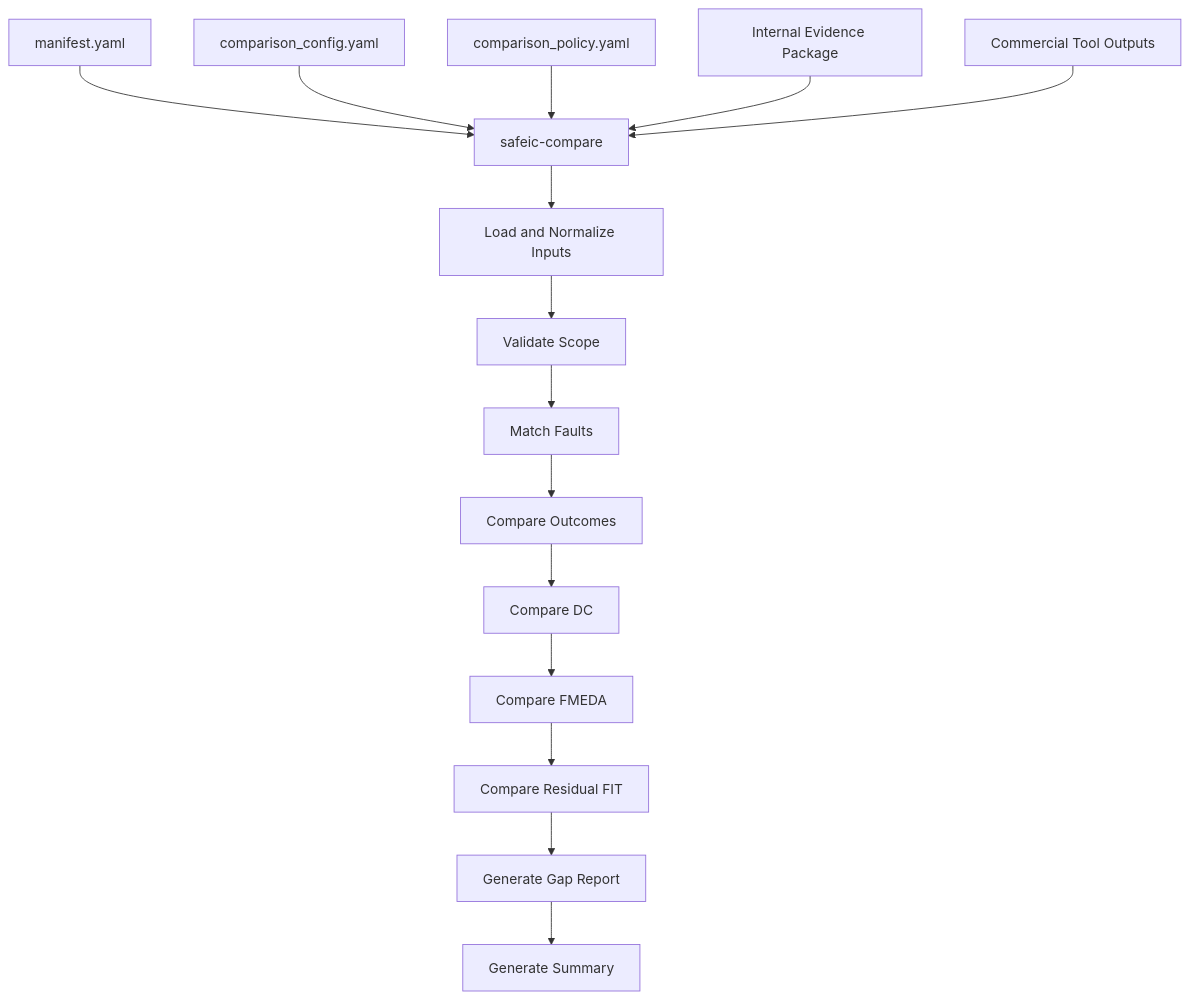
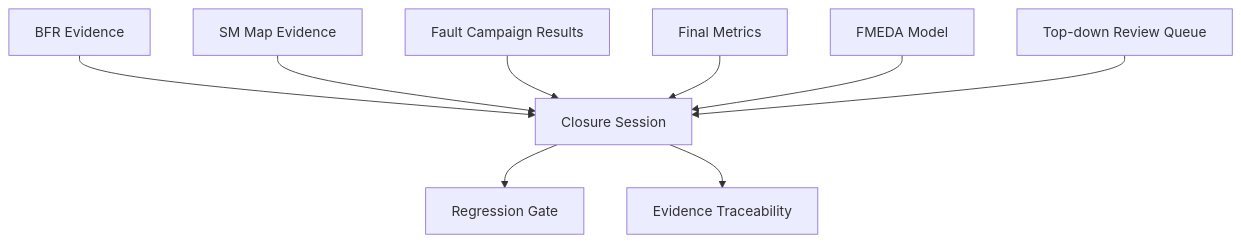
The eighth of 10 diagrams in articles/17_automotive_safeic_practice_d17_github_en_commercial_tool_comparison.md (qiqixixi1001/automotive-safeic-practice), drawn with Mermaid before and after one commit. The commit also changed other lines of this file, not shown here.

````diff
--- a/articles/17_automotive_safeic_practice_d17_github_en_commercial_tool_comparison.md
+++ b/articles/17_automotive_safeic_practice_d17_github_en_commercial_tool_comparison.md
@@ -1012,18 +722,11 @@
 ```mermaid
 flowchart TD
-    A[manifest.yaml] --> T[safeic-compare]
-    B[comparison_config.yaml] --> T
-    C[comparison_policy.yaml] --> T
-    D[Internal Evidence Package] --> T
-    E[Commercial Tool Outputs] --> T
-
-    T --> F[Load and Normalize Inputs]
-    F --> G[Validate Scope]
-    G --> H[Match Faults]
-    H --> I[Compare Outcomes]
-    I --> J[Compare DC]
-    J --> K[Compare FMEDA]
-    K --> L[Compare Residual FIT]
-    L --> M[Generate Gap Report]
-    M --> N[Generate Summary]
+    A[BFR Evidence] --> G[Closure Session]
+    B[SM Map Evidence] --> G
+    C[Fault Campaign Results] --> G
+    D[Final Metrics] --> G
+    E[FMEDA Model] --> G
+    F[Top-down Review Queue] --> G
+    G --> H[Regression Gate]
+    G --> I[Evidence Traceability]
 ```
````
